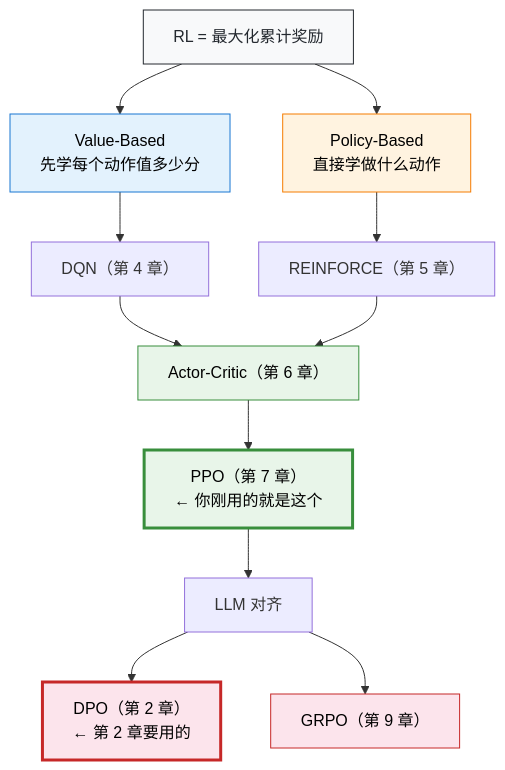
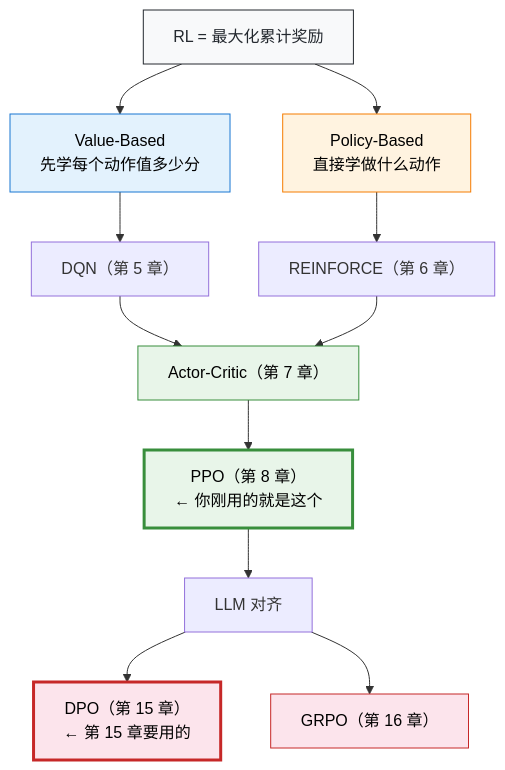
Before and after one commit to vishalbelsare/hands-on-modern-rl: the diagram in docs/chapter01_cartpole/metrics.md, drawn with Mermaid. The commit also changed other lines of this file and 263 other files, not shown here.

````diff
--- a/docs/chapter01_cartpole/metrics.md
+++ b/docs/chapter01_cartpole/metrics.md
@@ -699,25 +699,25 @@
 ```mermaid
 graph TD
     ROOT["RL = 最大化累计奖励"] --> VB["Value-Based<br/>先学每个动作值多少分"]
     ROOT --> PB["Policy-Based<br/>直接学做什么动作"]
 
-    VB --> DQN["DQN（第 4 章）"]
-    PB --> PG["REINFORCE（第 5 章）"]
+    VB --> DQN["DQN（第 5 章）"]
+    PB --> PG["REINFORCE（第 6 章）"]
 
-    DQN --> AC["Actor-Critic（第 6 章）"]
+    DQN --> AC["Actor-Critic（第 7 章）"]
     PG --> AC
 
-    AC --> PPO["PPO（第 7 章）<br/>← 你刚用的就是这个"]
+    AC --> PPO["PPO（第 8 章）<br/>← 你刚用的就是这个"]
 
     PPO --> LLM["LLM 对齐"]
-    LLM --> DPOG["DPO（第 2 章）<br/>← 第 2 章要用的"]
-    LLM --> GRPOG["GRPO（第 9 章）"]
+    LLM --> DPOG["DPO（第 15 章）<br/>← 第 15 章要用的"]
+    LLM --> GRPOG["GRPO（第 16 章）"]
 
     style ROOT fill:#f8f9fa,stroke:#24292f,color:#24292f
     style VB fill:#e3f2fd,stroke:#1976d2,color:#000
     style PB fill:#fff3e0,stroke:#f57c00,color:#000
     style AC fill:#e8f5e9,stroke:#388e3c,color:#000
     style PPO fill:#e8f5e9,stroke:#388e3c,stroke-width:3px,color:#000
     style DPOG fill:#fce4ec,stroke:#c62828,stroke-width:3px,color:#000
     style GRPOG fill:#fce4ec,stroke:#c62828,color:#000
 ```
````
